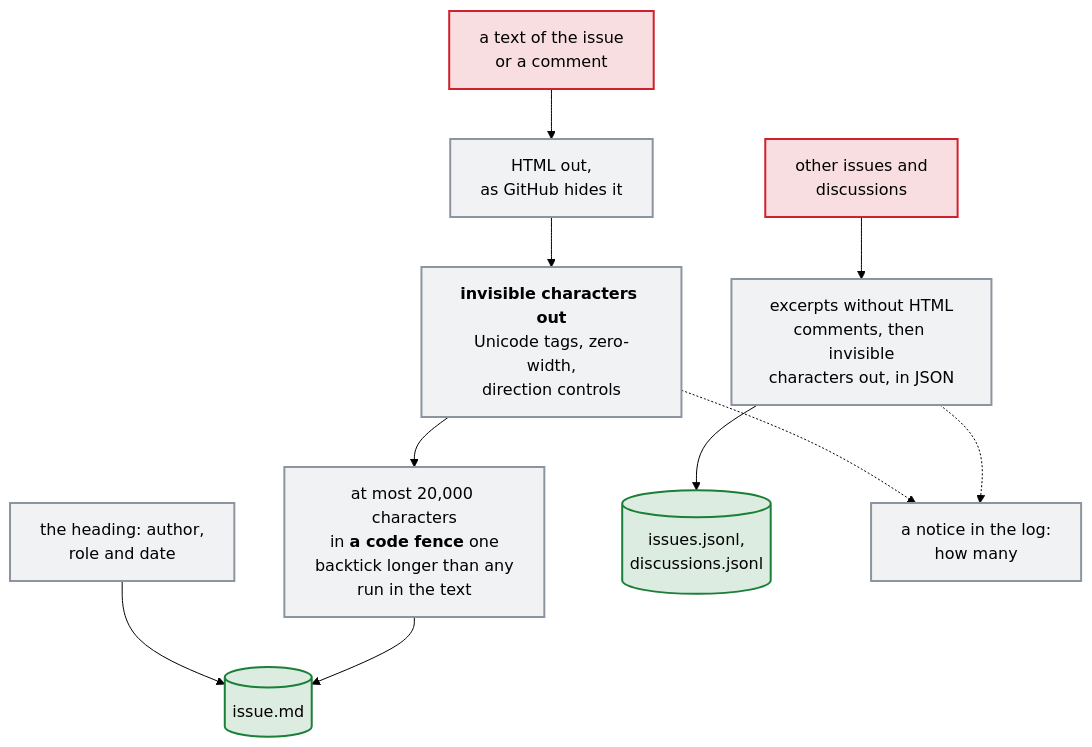
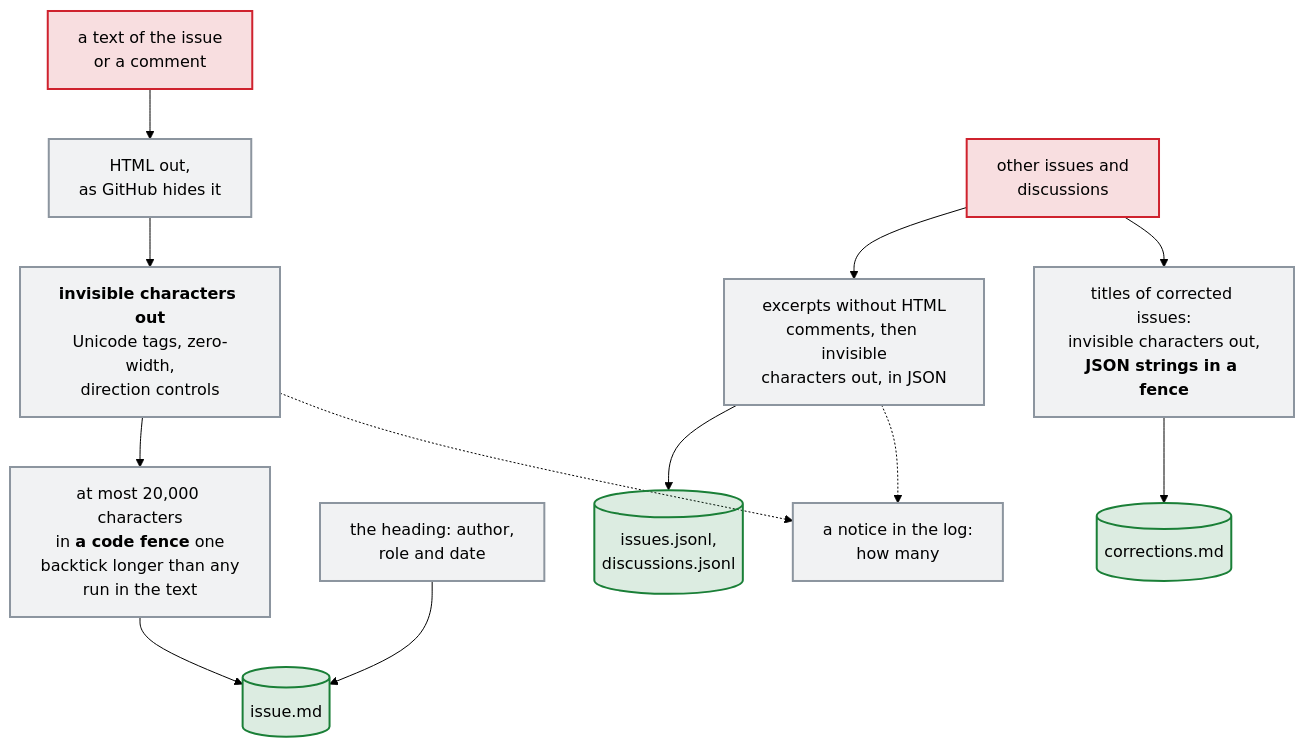
Before and after one commit to Dennis-Otto/issue-assistant: the diagram in docs/diagrams/how-the-text-of-an-issue-and-its-comments-reaches-the-ai.mmd, drawn with Mermaid (forest theme). The commit also changed 22 other files, not shown here.

```diff
--- a/docs/diagrams/how-the-text-of-an-issue-and-its-comments-reaches-the-ai.mmd
+++ b/docs/diagrams/how-the-text-of-an-issue-and-its-comments-reaches-the-ai.mmd
@@ -1,18 +1,20 @@
 flowchart TB
   accTitle: How the text of an issue and its comments reaches the AI
-  accDescr: Each text of the issue and its comments loses its HTML, as GitHub hides it, then the characters that GitHub shows as nothing, and is cut off after 20,000 characters. In this order, no invisible character can end an HTML comment that GitHub never ends. It goes into a code fence with one backtick more than its longest run of backticks, so that no line of the text can end it. The heading above the fence, which only the script writes, names the author, the role and the date. The other issues and discussions become excerpts without HTML comments, lose their invisible characters too and go into JSON. A notice in the log counts the characters that were removed.
+  accDescr: Each text of the issue and its comments loses its HTML, as GitHub hides it, then the characters that GitHub shows as nothing, and is cut off after 20,000 characters. In this order, no invisible character can end an HTML comment that GitHub never ends. It goes into a code fence with one backtick more than its longest run of backticks, so that no line of the text can end it. The heading above the fence, which only the script writes, names the author, the role and the date. The other issues and discussions become excerpts without HTML comments, lose their invisible characters too and go into JSON. The titles of the issues that a maintainer corrected lose their invisible characters as well and reach corrections.md as JSON strings in a code fence that no title can close. A notice in the log counts the characters that were removed.
   text["a text of the issue<br>or a comment"] --> html["HTML out,<br>as GitHub hides it"]
   html --> invisible["`**invisible characters out**<br>Unicode tags, zero-width,<br>direction controls`"]
   invisible --> fence["`at most 20,000 characters<br>in **a code fence** one<br>backtick longer than any<br>run in the text`"]
   heading["the heading: author,<br>role and date"] --> issue[("issue.md")]
   fence --> issue
   others["other issues and<br>discussions"] --> excerpts["excerpts without HTML<br>comments, then invisible<br>characters out, in JSON"]
   excerpts --> jsonl[("issues.jsonl,<br>discussions.jsonl")]
+  others --> titles["`titles of corrected issues:<br>invisible characters out,<br>**JSON strings in a fence**`"]
+  titles --> corrections[("corrections.md")]
   invisible -.-> notice["a notice in the log:<br>how many"]
   excerpts -.-> notice
   classDef untrusted fill:#cf222e26,stroke:#cf222e,stroke-width:2px
   classDef job fill:#8c959f1f,stroke:#8c959f,stroke-width:2px
   classDef safe fill:#1a7f3726,stroke:#1a7f37,stroke-width:2px
   class text,others untrusted
-  class invisible,html,fence,heading,excerpts,notice job
-  class issue,jsonl safe
+  class invisible,html,fence,heading,excerpts,titles,notice job
+  class issue,jsonl,corrections safe
```
